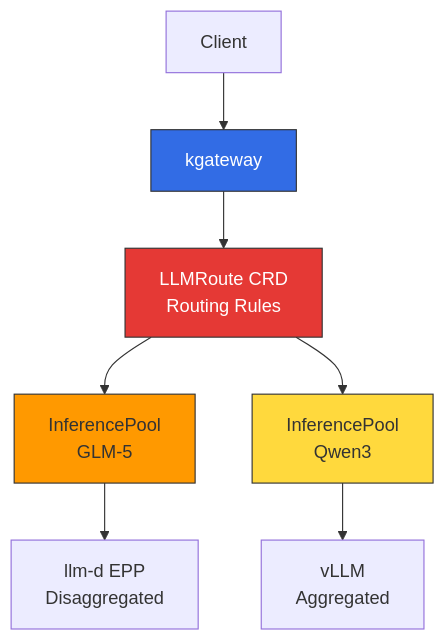
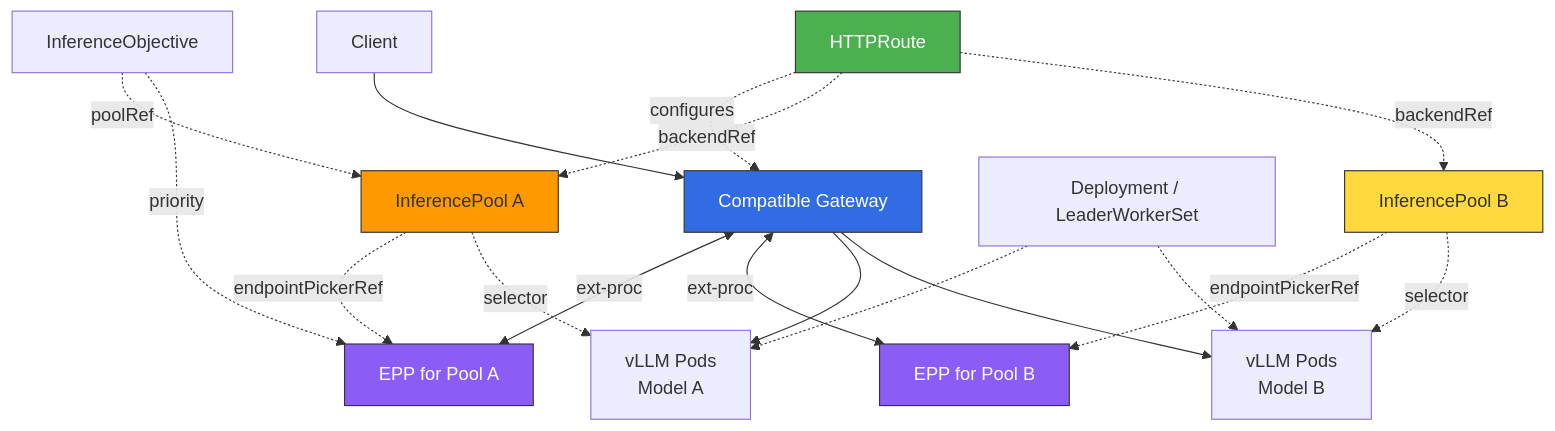
The third of 3 diagrams in i18n/en/docusaurus-plugin-content-docs/current/agentic-ai-platform/model-serving/inference-routing/routing-strategy.md (devfloor9/engineering-playbook), drawn with Mermaid before and after one commit. The commit also changed other lines of this file and 10 other files, not shown here.

First line of the commit message:
docs: reconcile llm-d routing and workload guidance

````diff
--- a/i18n/en/docusaurus-plugin-content-docs/current/agentic-ai-platform/model-serving/inference-routing/routing-strategy.md
+++ b/i18n/en/docusaurus-plugin-content-docs/current/agentic-ai-platform/model-serving/inference-routing/routing-strategy.md
@@ -281,14 +288,25 @@
 ```mermaid
-graph TB
-    Client[Client] --> Gateway[kgateway]
-    Gateway --> LLMRoute[LLMRoute CRD<br/>Routing Rules]
-    LLMRoute --> Pool1[InferencePool<br/>GLM-5]
-    LLMRoute --> Pool2[InferencePool<br/>Qwen3]
-    Pool1 --> LLMD1[llm-d EPP<br/>Disaggregated]
-    Pool2 --> VLLM[vLLM<br/>Aggregated]
-
+flowchart TB
+    Client[Client] --> Gateway[Compatible Gateway]
+    Gateway <-->|ext-proc| EPP1[EPP for Pool A]
+    Gateway <-->|ext-proc| EPP2[EPP for Pool B]
+    Gateway --> Model1[vLLM Pods<br/>Model A]
+    Gateway --> Model2[vLLM Pods<br/>Model B]
+    Route[HTTPRoute] -.->|configures| Gateway
+    Route -.->|backendRef| Pool1[InferencePool A]
+    Route -.->|backendRef| Pool2[InferencePool B]
+    Pool1 -.->|endpointPickerRef| EPP1
+    Pool2 -.->|endpointPickerRef| EPP2
+    Pool1 -.->|selector| Model1
+    Pool2 -.->|selector| Model2
+    Objective[InferenceObjective] -.->|poolRef| Pool1
+    Objective -.->|priority| EPP1
+    Workload[Deployment / LeaderWorkerSet] -.-> Model1
+    Workload -.-> Model2
     style Gateway fill:#326ce5,stroke:#333,color:#fff
-    style LLMRoute fill:#e53935,stroke:#333,color:#fff
+    style Route fill:#4caf50,stroke:#333,color:#fff
+    style EPP1 fill:#8b5cf6,stroke:#333,color:#fff
+    style EPP2 fill:#8b5cf6,stroke:#333,color:#fff
     style Pool1 fill:#ff9900,stroke:#333
     style Pool2 fill:#ffd93d,stroke:#333
 ```
````
